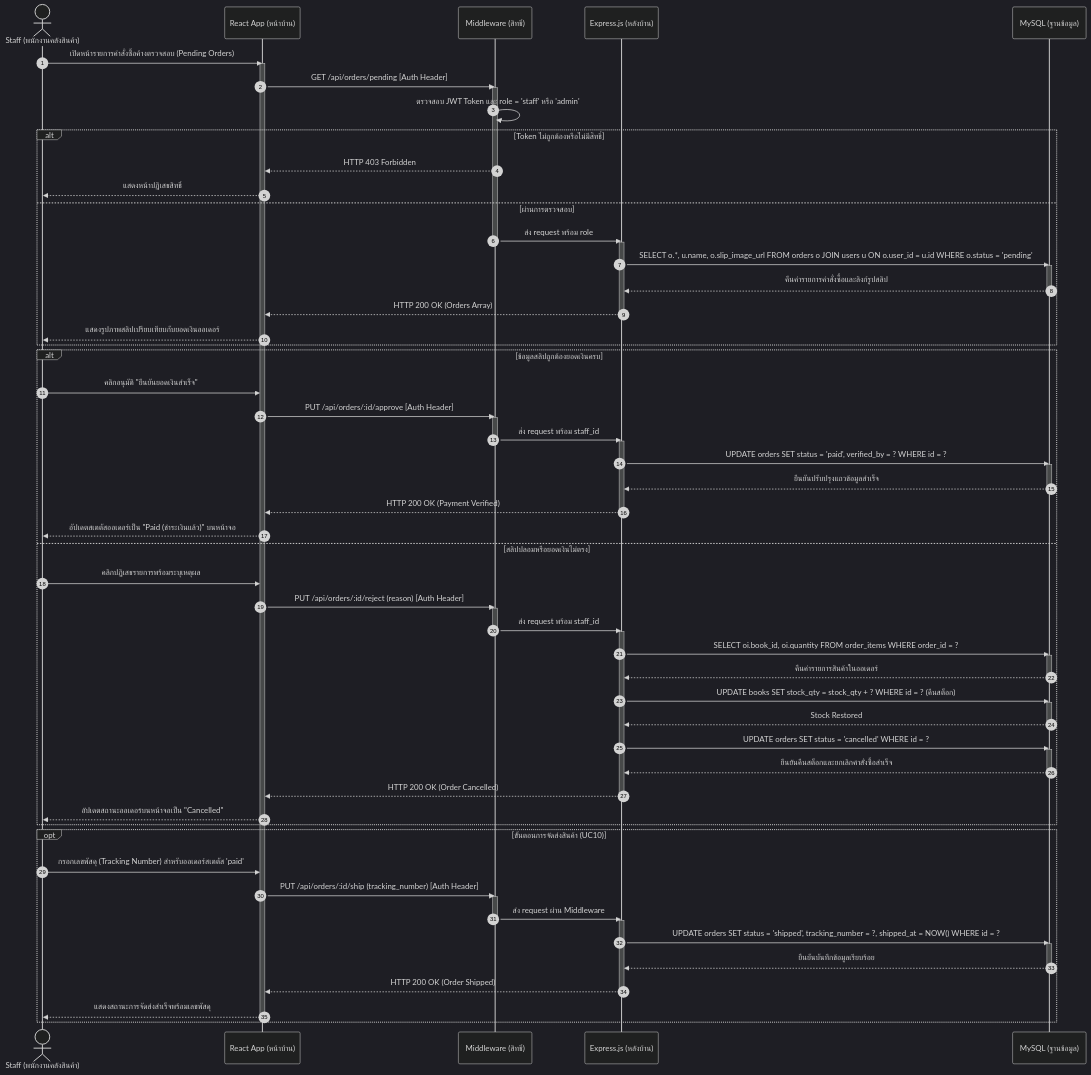
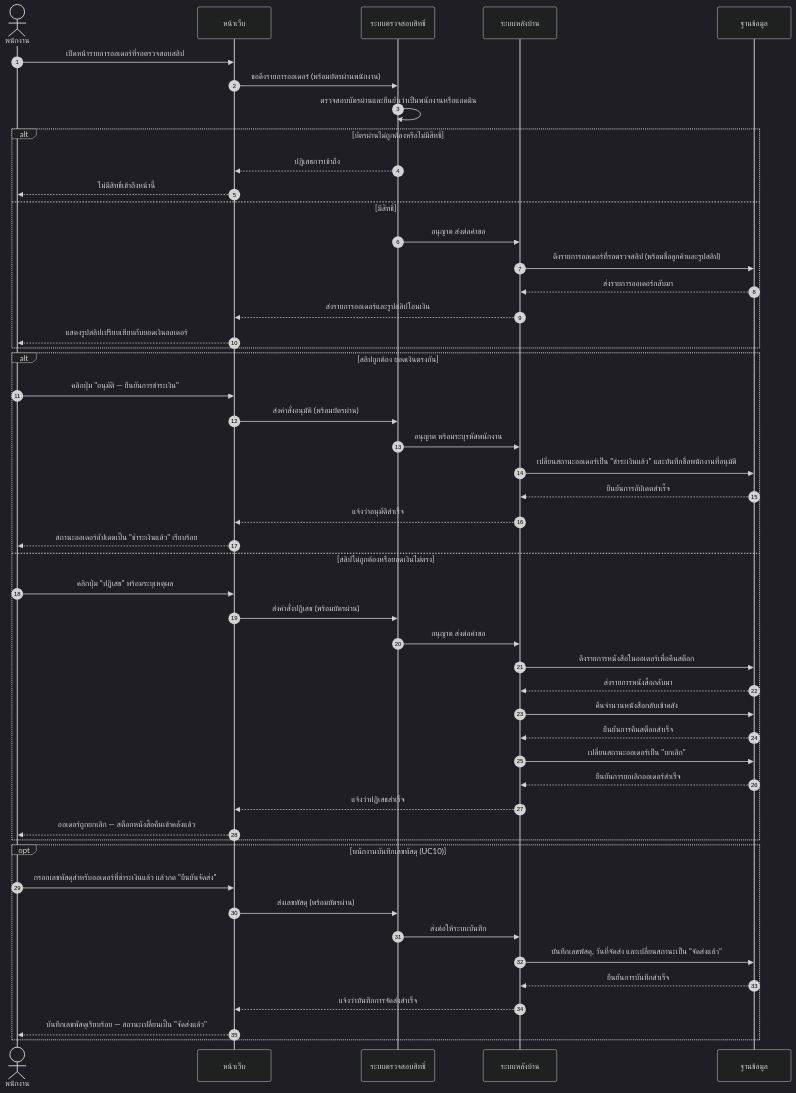
Before and after one commit to SupvichSpuGM/online-bookstore: the ninth of 11 diagrams in diagram/workshop4.md, drawn with Mermaid (dark theme). The commit also changed other lines of this file and 1 other file, not shown here.

````diff
--- a/diagram/workshop4.md
+++ b/diagram/workshop4.md
@@ -559,85 +530,55 @@
 ```mermaid
 sequenceDiagram
-            autonumber
-            actor Staff as Staff (พนักงานคลังสินค้า)
-            participant Client as React App (หน้าบ้าน)
-            participant AuthMW as Middleware (สิทธิ์)
-            participant API as Express.js (หลังบ้าน)
-            participant DB as MySQL (ฐานข้อมูล)
+    autonumber
+    actor Staff as พนักงาน
+    participant Web as หน้าเว็บ
+    participant Guard as ระบบตรวจสอบสิทธิ์
+    participant App as ระบบหลังบ้าน
+    participant DB as ฐานข้อมูล
 
-            Staff->>Client: เปิดหน้ารายการคำสั่งซื้อค้างตรวจสอบ (Pending Orders)
-            activate Client
-            Client->>AuthMW: GET /api/orders/pending [Auth Header]
-            activate AuthMW
-            AuthMW->>AuthMW: ตรวจสอบ JWT Token และ role = 'staff' หรือ 'admin'
-            alt Token ไม่ถูกต้องหรือไม่มีสิทธิ์
-                AuthMW-->>Client: HTTP 403 Forbidden
-                Client-->>Staff: แสดงหน้าปฏิเสธสิทธิ์
-            else ผ่านการตรวจสอบ
-                AuthMW->>API: ส่ง request พร้อม role
-                deactivate AuthMW
-                activate API
-                API->>DB: SELECT o.*, u.name, o.slip_image_url FROM orders o JOIN users u ON o.user_id = u.id WHERE o.status = 'pending'
-                activate DB
-                DB-->>API: คืนค่ารายการคำสั่งซื้อและลิงก์รูปสลิป
-                deactivate DB
-                API-->>Client: HTTP 200 OK (Orders Array)
-                deactivate API
-                Client-->>Staff: แสดงรูปภาพสลิปเปรียบเทียบกับยอดเงินออเดอร์
-            end
+    Staff->>Web: เปิดหน้ารายการออเดอร์ที่รอตรวจสอบสลิป
+    Web->>Guard: ขอดึงรายการออเดอร์ (พร้อมบัตรผ่านพนักงาน)
+    Guard->>Guard: ตรวจสอบบัตรผ่านและยืนยันว่าเป็นพนักงานหรือแอดมิน
+    alt บัตรผ่านไม่ถูกต้องหรือไม่มีสิทธิ์
+        Guard-->>Web: ปฏิเสธการเข้าถึง
+        Web-->>Staff: ไม่มีสิทธิ์เข้าถึงหน้านี้
+    else มีสิทธิ์
+        Guard->>App: อนุญาต ส่งต่อคำขอ
+        App->>DB: ดึงรายการออเดอร์ที่รอตรวจสลิป (พร้อมชื่อลูกค้าและรูปสลิป)
+        DB-->>App: ส่งรายการออเดอร์กลับมา
+        App-->>Web: ส่งรายการออเดอร์และรูปสลิปโอนเงิน
+        Web-->>Staff: แสดงรูปสลิปเปรียบเทียบกับยอดเงินออเดอร์
+    end
 
-            alt ข้อมูลสลิปถูกต้องยอดเงินครบ
-                Staff->>Client: คลิกอนุมัติ "ยืนยันยอดเงินสำเร็จ"
-                Client->>AuthMW: PUT /api/orders/:id/approve [Auth Header]
-                activate AuthMW
-                AuthMW->>API: ส่ง request พร้อม staff_id
-                deactivate AuthMW
-                activate API
-                API->>DB: UPDATE orders SET status = 'paid', verified_by = ? WHERE id = ?
-                activate DB
-                DB-->>API: ยืนยันปรับปรุงแถวข้อมูลสำเร็จ
-                deactivate DB
-                API-->>Client: HTTP 200 OK (Payment Verified)
-                deactivate API
-                Client-->>Staff: อัปเดตสเตตัสออเดอร์เป็น "Paid (ชำระเงินแล้ว)" บนหน้าจอ
-            else สลิปปลอมหรือยอดเงินไม่ตรง
-                Staff->>Client: คลิกปฏิเสธรายการพร้อมระบุเหตุผล
-                Client->>AuthMW: PUT /api/orders/:id/reject (reason) [Auth Header]
-                activate AuthMW
-                AuthMW->>API: ส่ง request พร้อม staff_id
-                deactivate AuthMW
-                activate API
-                API->>DB: SELECT oi.book_id, oi.quantity FROM order_items WHERE order_id = ?
-                activate DB
-                DB-->>API: คืนค่ารายการสินค้าในออเดอร์
-                deactivate DB
-                API->>DB: UPDATE books SET stock_qty = stock_qty + ? WHERE id = ? (คืนสต็อก)
-                activate DB
-                DB-->>API: Stock Restored
-                deactivate DB
-                API->>DB: UPDATE orders SET status = 'cancelled' WHERE id = ?
-                activate DB
-                DB-->>API: ยืนยันคืนสต็อกและยกเลิกคำสั่งซื้อสำเร็จ
-                deactivate DB
-                API-->>Client: HTTP 200 OK (Order Cancelled)
-                deactivate API
-                Client-->>Staff: อัปเดตสถานะออเดอร์บนหน้าจอเป็น "Cancelled"
-            end
+    alt สลิปถูกต้อง ยอดเงินตรงกัน
+        Staff->>Web: คลิกปุ่ม "อนุมัติ — ยืนยันการชำระเงิน"
+        Web->>Guard: ส่งคำสั่งอนุมัติ (พร้อมบัตรผ่าน)
+        Guard->>App: อนุญาต พร้อมระบุรหัสพนักงาน
+        App->>DB: เปลี่ยนสถานะออเดอร์เป็น "ชำระเงินแล้ว" และบันทึกชื่อพนักงานที่อนุมัติ
+        DB-->>App: ยืนยันการอัปเดตสำเร็จ
+        App-->>Web: แจ้งว่าอนุมัติสำเร็จ
+        Web-->>Staff: สถานะออเดอร์อัปเดตเป็น "ชำระเงินแล้ว" เรียบร้อย
+    else สลิปไม่ถูกต้องหรือยอดเงินไม่ตรง
+        Staff->>Web: คลิกปุ่ม "ปฏิเสธ" พร้อมระบุเหตุผล
+        Web->>Guard: ส่งคำสั่งปฏิเสธ (พร้อมบัตรผ่าน)
+        Guard->>App: อนุญาต ส่งต่อคำขอ
+        App->>DB: ดึงรายการหนังสือในออเดอร์เพื่อคืนสต็อก
+        DB-->>App: ส่งรายการหนังสือกลับมา
+        App->>DB: คืนจำนวนหนังสือกลับเข้าคลัง
+        DB-->>App: ยืนยันการคืนสต็อกสำเร็จ
+        App->>DB: เปลี่ยนสถานะออเดอร์เป็น "ยกเลิก"
+        DB-->>App: ยืนยันการยกเลิกออเดอร์สำเร็จ
+        App-->>Web: แจ้งว่าปฏิเสธสำเร็จ
+        Web-->>Staff: ออเดอร์ถูกยกเลิก — สต็อกหนังสือคืนเข้าคลังแล้ว
+    end
 
-            opt ขั้นตอนการจัดส่งสินค้า (UC10)
-                Staff->>Client: กรอกเลขพัสดุ (Tracking Number) สำหรับออเดอร์สเตตัส 'paid'
-                Client->>AuthMW: PUT /api/orders/:id/ship (tracking_number) [Auth Header]
-                activate AuthMW
-                AuthMW->>API: ส่ง request ผ่าน Middleware
-                deactivate AuthMW
-                activate API
-                API->>DB: UPDATE orders SET status = 'shipped', tracking_number = ?, shipped_at = NOW() WHERE id = ?
-                activate DB
-                DB-->>API: ยืนยันบันทึกข้อมูลเรียบร้อย
-                deactivate DB
-                API-->>Client: HTTP 200 OK (Order Shipped)
-                deactivate API
-                Client-->>Staff: แสดงสถานะการจัดส่งสำเร็จพร้อมเลขพัสดุ
-                deactivate Client
-            end
+    opt พนักงานบันทึกเลขพัสดุ (UC10)
+        Staff->>Web: กรอกเลขพัสดุสำหรับออเดอร์ที่ชำระเงินแล้ว แล้วกด "ยืนยันจัดส่ง"
+        Web->>Guard: ส่งเลขพัสดุ (พร้อมบัตรผ่าน)
+        Guard->>App: ส่งต่อให้ระบบบันทึก
+        App->>DB: บันทึกเลขพัสดุ, วันที่จัดส่ง และเปลี่ยนสถานะเป็น "จัดส่งแล้ว"
+        DB-->>App: ยืนยันการบันทึกสำเร็จ
+        App-->>Web: แจ้งว่าบันทึกการจัดส่งสำเร็จ
+        Web-->>Staff: บันทึกเลขพัสดุเรียบร้อย — สถานะเปลี่ยนเป็น "จัดส่งแล้ว"
+    end
 ```
````
